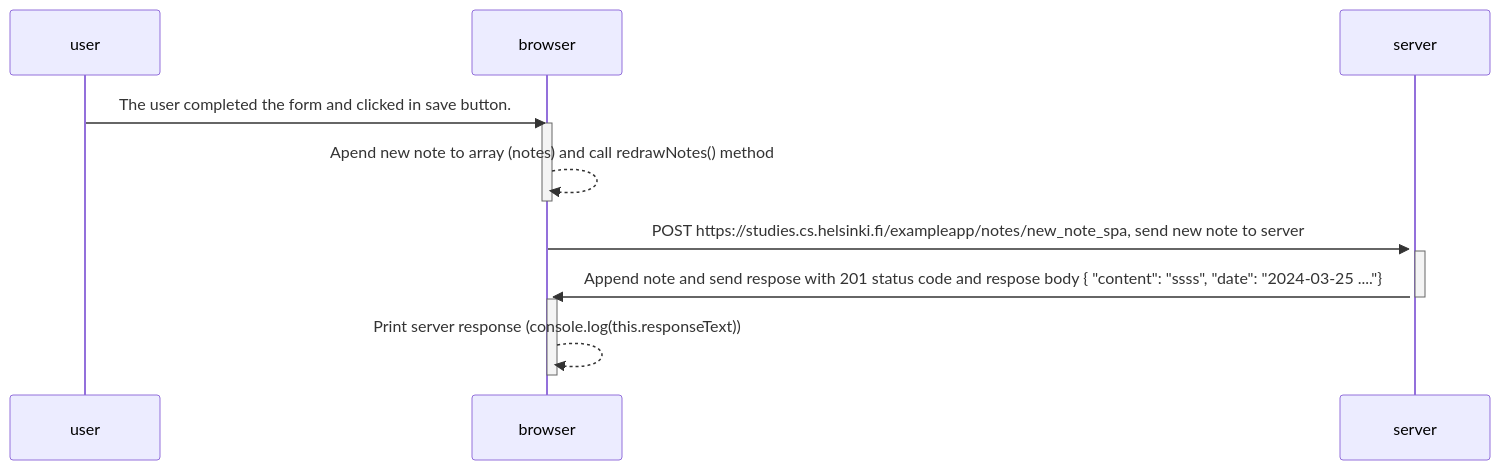
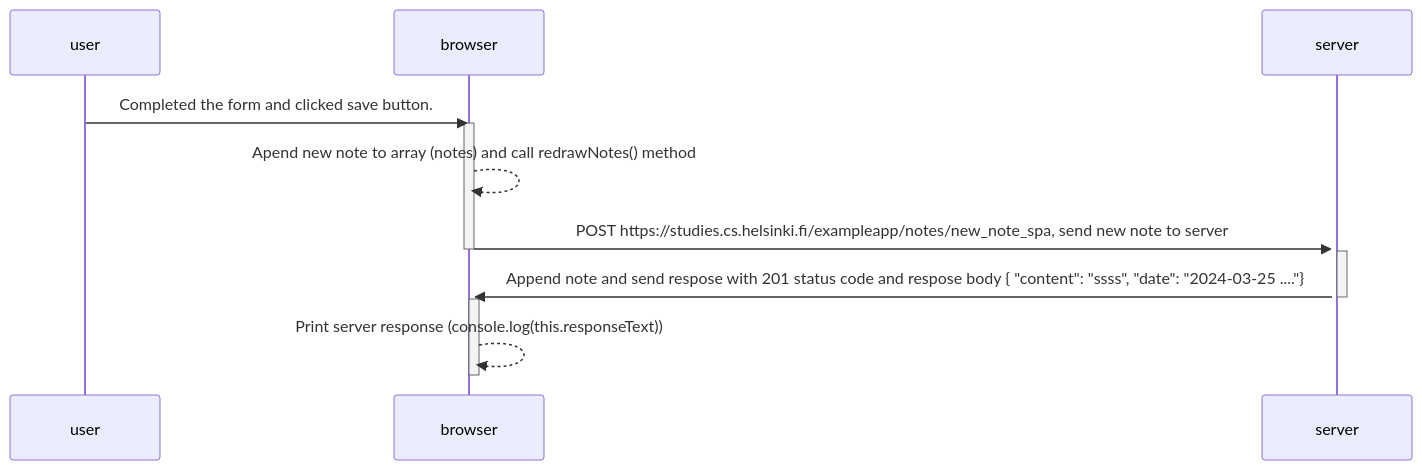
The diagram in part0/06/README.md (frank0389/fullstack-helsinki-submission-repository), drawn with Mermaid before and after one commit.

Commit message:
update response

````diff
--- a/part0/06/README.md
+++ b/part0/06/README.md
@@ -1,15 +1,15 @@
  ```mermaid
  sequenceDiagram
-    user->>browser: The user completed the form and clicked in save button. 
+    user->>browser: Completed the form and clicked save button. 
     activate browser
     browser-->>browser: Apend new note to array (notes) and call  redrawNotes() method
+    browser->>+server: POST https://studies.cs.helsinki.fi/exampleapp/notes/new_note_spa, send new note to server
     deactivate browser
-    browser->>+server: POST https://studies.cs.helsinki.fi/exampleapp/notes/new_note_spa, send new note to server
     activate server
     server->>+browser: Append note and send respose with 201 status code and respose body { "content": "ssss", "date": "2024-03-25 ...."}
     deactivate server
     activate browser
     browser-->>browser: Print server response (console.log(this.responseText))
     deactivate browser
 
 ```
````
